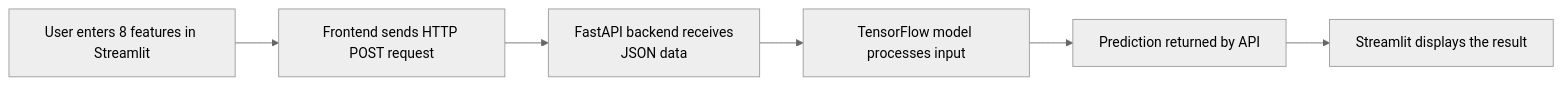
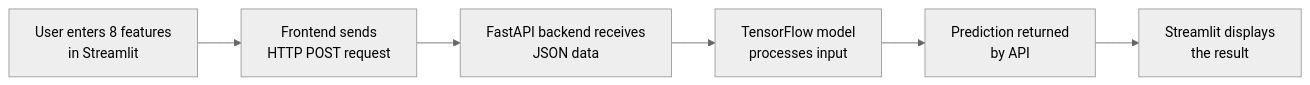
Before and after one commit to inskillflow/fastapi-en: the first of 5 diagrams in drfat.md, drawn with Mermaid (neutral theme).

`````diff
--- a/drfat.md
+++ b/drfat.md
@@ -32,8 +32,8 @@
 ```mermaid
 flowchart LR
-    A["User enters 8 features in Streamlit"] --> B["Frontend sends HTTP POST request"]
+    A["User enters 8 features <br/> in Streamlit"] --> B["Frontend sends <br/> HTTP POST request"]
     B --> C["FastAPI backend receives <br/> JSON data"]
-    C --> D["TensorFlow model processes input"]
-    D --> E["Prediction returned by API"]
-    E --> F["Streamlit displays the result"]
+    C --> D["TensorFlow model <br/> processes input"]
+    D --> E["Prediction returned <br/> by API"]
+    E --> F["Streamlit displays <br/> the result"]
 ````
`````
